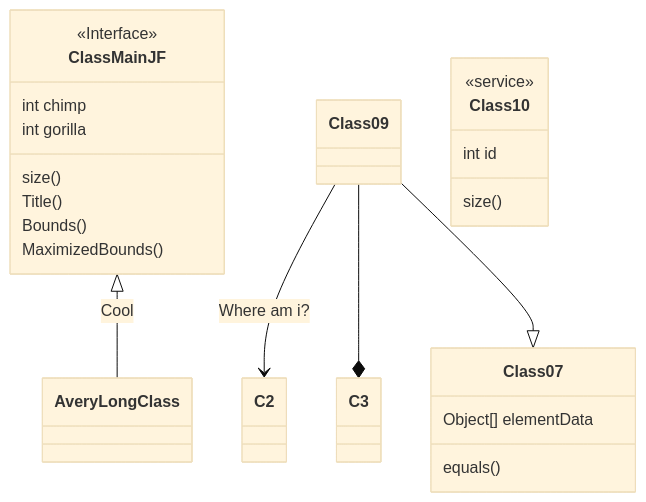
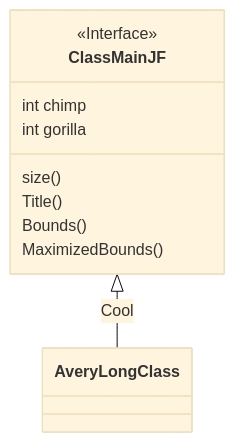
Before and after one commit to kawin101/Java_GUI_CRUD_CSV: the third of 3 diagrams in README.md, drawn with Mermaid (base theme).

````diff
--- a/README.md
+++ b/README.md
@@ -33,21 +33,13 @@
 ```mermaid
 classDiagram
 ClassMainJF <|-- AveryLongClass : Cool
 <<Interface>> ClassMainJF
-Class09 --> C2 : Where am i?
-Class09 --* C3
-Class09 --|> Class07
-Class07 : equals()
-Class07 : Object[] elementData
 ClassMainJF : size()
 ClassMainJF : Title()
 ClassMainJF : Bounds()
 ClassMainJF : MaximizedBounds()
 ClassMainJF : int chimp
 ClassMainJF : int gorilla
-class Class10 {
-  <<service>>
-  int id
-  size()
-}
+
+  
 ```
````
